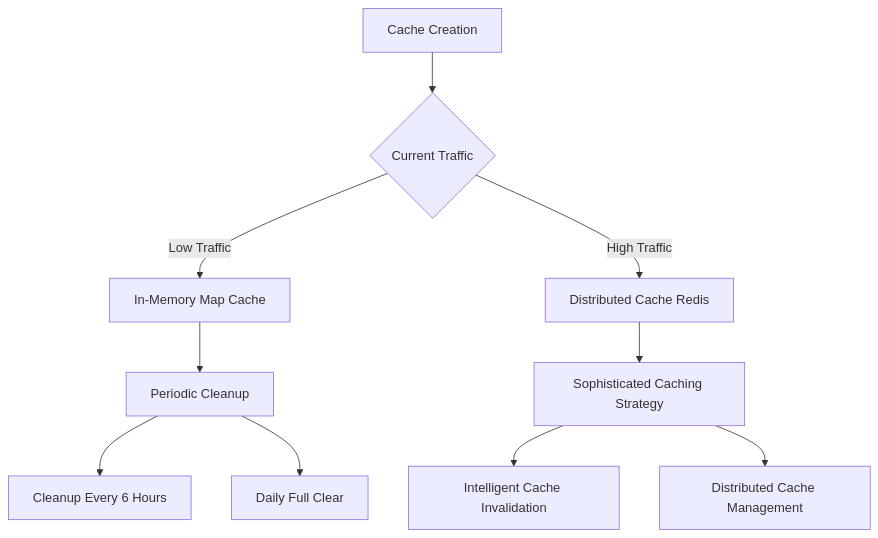
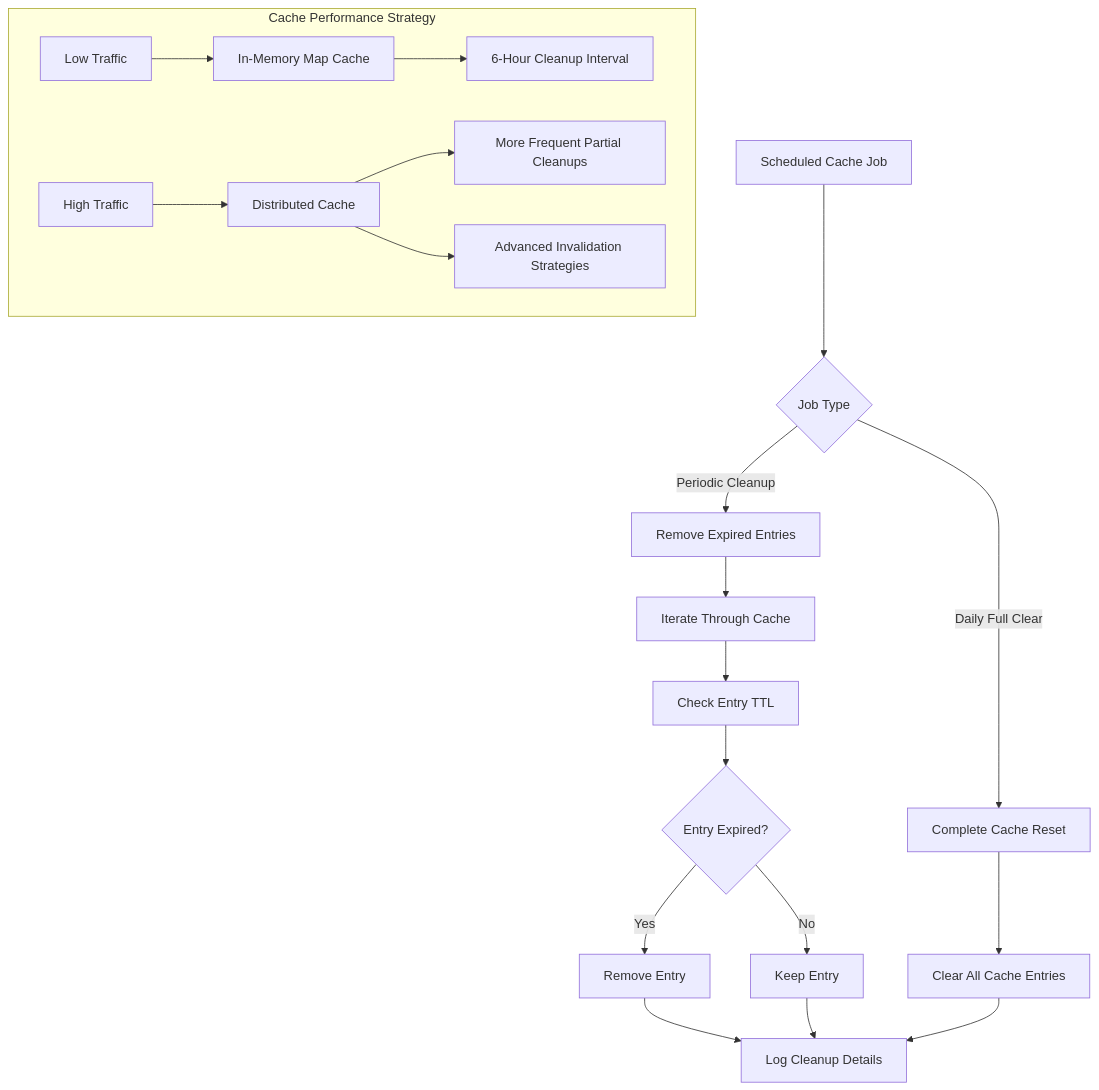
Before and after one commit to vinodhj/expense-microservices: the ninth of 15 diagrams in docs/user-services.md, drawn with Mermaid. The commit also changed other lines of this file, not shown here.

Commit message:
updated mermaid

````diff
--- a/docs/user-services.md
+++ b/docs/user-services.md
@@ -513,14 +528,27 @@
 ```mermaid
 flowchart TD
-    A[Cache Creation] --> B{Current Traffic}
-    B -->|Low Traffic| C[In-Memory Map Cache]
-    B -->|High Traffic| D[Distributed Cache Redis]
+    A[Scheduled Cache Job] --> B{Job Type}
 
-    C --> E[Periodic Cleanup]
-    E --> F[Cleanup Every 6 Hours]
-    E --> G[Daily Full Clear]
+    B -->|Periodic Cleanup| C[Remove Expired Entries]
+    C --> D[Iterate Through Cache]
+    D --> E[Check Entry TTL]
+    E --> F{Entry Expired?}
+    F -->|Yes| G[Remove Entry]
+    F -->|No| H[Keep Entry]
 
-    D --> H[Sophisticated Caching Strategy]
-    H --> I[Intelligent Cache Invalidation]
-    H --> J[Distributed Cache Management]
+    B -->|Daily Full Clear| I[Complete Cache Reset]
+    I --> J[Clear All Cache Entries]
+
+    subgraph "Cache Performance Strategy"
+        K[Low Traffic] --> L[In-Memory Map Cache]
+        L --> M[6-Hour Cleanup Interval]
+
+        N[High Traffic] --> O[Distributed Cache]
+        O --> P[More Frequent Partial Cleanups]
+        O --> Q[Advanced Invalidation Strategies]
+    end
+
+    G --> R[Log Cleanup Details]
+    H --> R
+    J --> R
 ```
````
